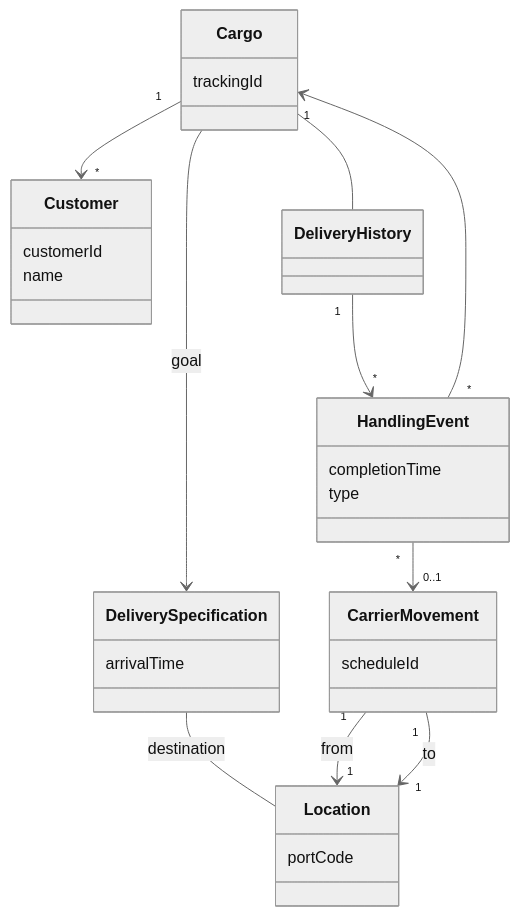
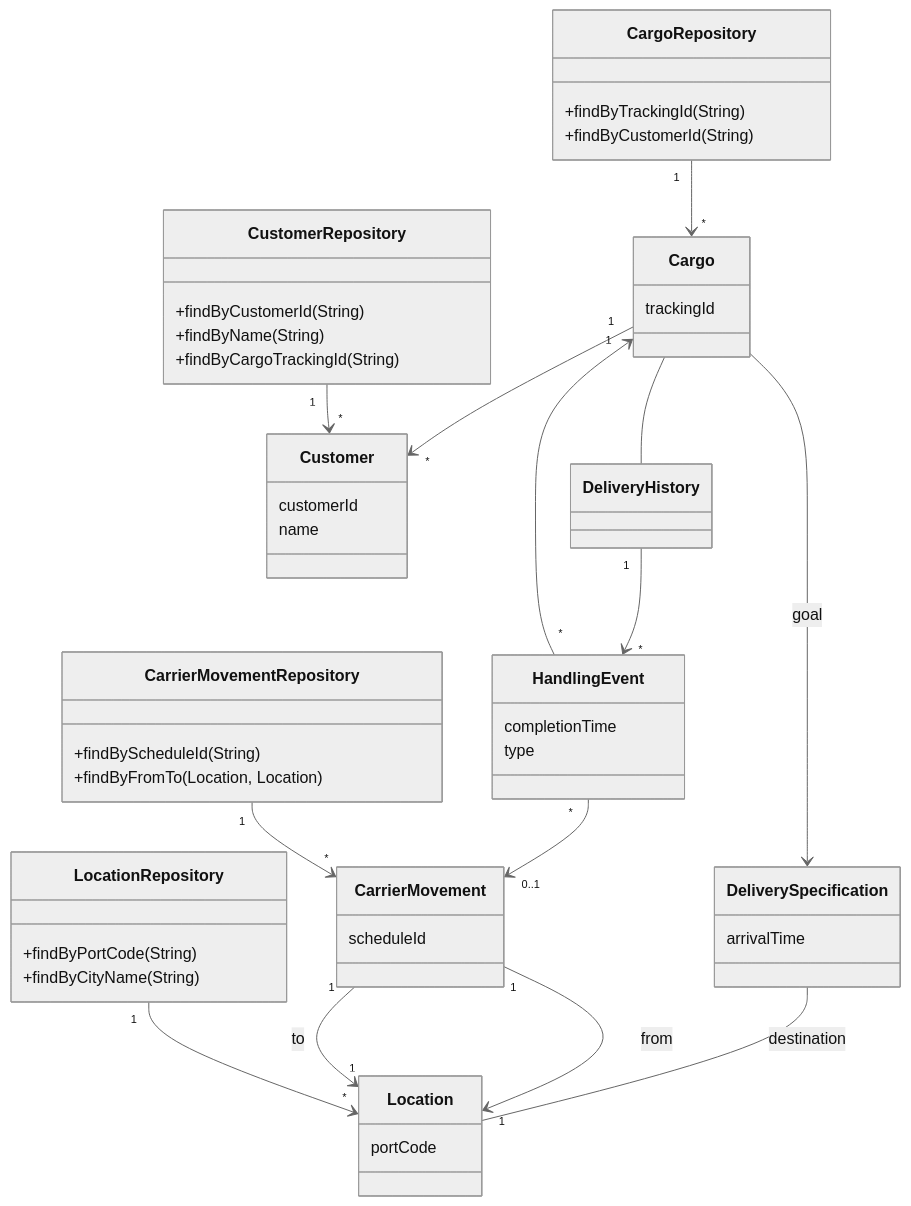
The diagram in docs/architecture/01-design.md (peterramaldes/cs), drawn with Mermaid (neutral theme) before and after one commit. The commit also changed other lines of this file, not shown here.

Commit message:
docs: add Selecting Repositories section with repository methods and diagram

````diff
--- a/docs/architecture/01-design.md
+++ b/docs/architecture/01-design.md
@@ -5,41 +5,66 @@
 ```mermaid
 classDiagram
     class Customer {
         customerId
         name
     }
 
     class Cargo {
         trackingId
     }
 
     class DeliveryHistory {
     }
 
     class DeliverySpecification {
         arrivalTime
     }
 
     class HandlingEvent {
         completionTime
         type
     }
 
     class CarrierMovement {
         scheduleId
     }
 
     class Location {
         portCode
     }
 
+    class CustomerRepository {
+        +findByCustomerId(String)
+        +findByName(String)
+        +findByCargoTrackingId(String)
+    }
+
+    class CargoRepository {
+        +findByTrackingId(String)
+        +findByCustomerId(String)
+    }
+
+    class LocationRepository {
+        +findByPortCode(String)
+        +findByCityName(String)
+    }
+
+    class CarrierMovementRepository {
+        +findByScheduleId(String)
+        +findByFromTo(Location, Location)
+    }
+
     Cargo "1" --> "*" Customer
     Cargo --> DeliverySpecification : goal
     Cargo -- DeliveryHistory
     HandlingEvent "*" --> "1" Cargo
     DeliveryHistory "1" --> "*" HandlingEvent
     DeliverySpecification -- Location : destination
     CarrierMovement "1" --> "1" Location : from
     CarrierMovement "1" --> "1" Location : to
     HandlingEvent "*" --> "0..1" CarrierMovement
+    CustomerRepository "1" --> "*" Customer
+    CargoRepository "1" --> "*" Cargo
+    LocationRepository "1" --> "*" Location
+    CarrierMovementRepository "1" --> "*" CarrierMovement
 ```
````
